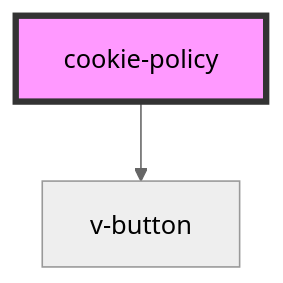
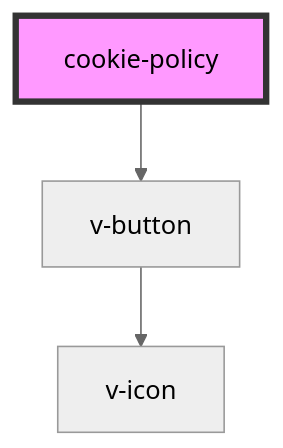
The diagram in src/components/cookie-policy/readme.md (canonical/vanilla-web-components), drawn with Mermaid (neutral theme) before and after one commit. The commit also changed 15 other files, not shown here.

````diff
--- a/src/components/cookie-policy/readme.md
+++ b/src/components/cookie-policy/readme.md
@@ -15,5 +15,6 @@
 ```mermaid
 graph TD;
   cookie-policy --> v-button
+  v-button --> v-icon
   style cookie-policy fill:#f9f,stroke:#333,stroke-width:4px
 ```
````
